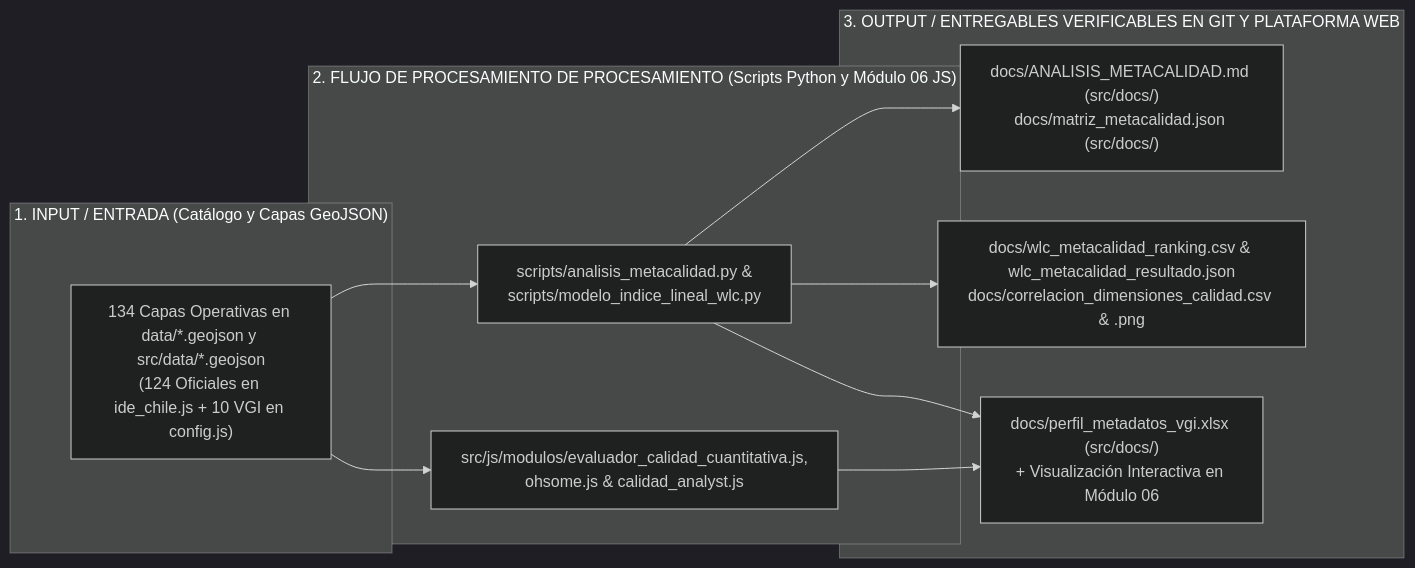
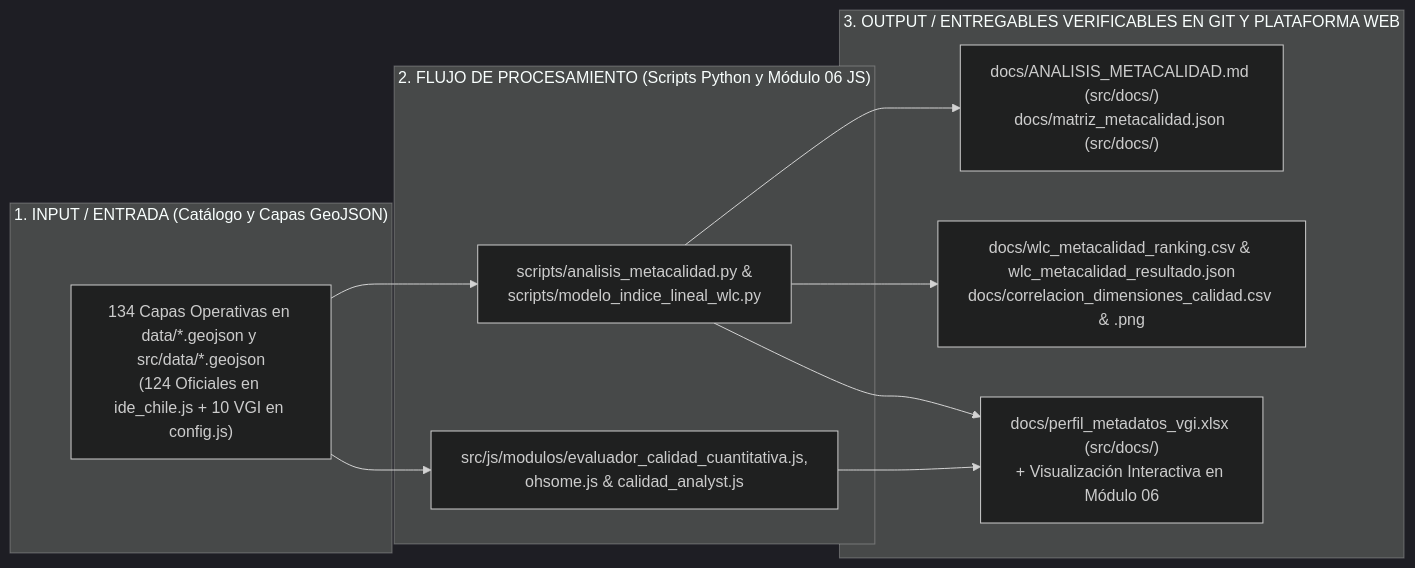
One commit to GEOJOTA/atlas-vgi-barrio-brasil changed the first of 5 diagrams in docs/ANALISIS_METACALIDAD.md. Above: the diagram before and after it, drawn with Mermaid (dark theme). The commit also changed 16 other files, not shown here.

Commit message:
docs: solucionar Unable to render rich display en diagramas y formulas de GitHub

````diff
--- a/docs/ANALISIS_METACALIDAD.md
+++ b/docs/ANALISIS_METACALIDAD.md
@@ -110,18 +110,18 @@
 ```mermaid
 flowchart LR
     subgraph IN["1. INPUT / ENTRADA (Catálogo y Capas GeoJSON)"]
         I1["134 Capas Operativas en data/*.geojson y src/data/*.geojson<br/>(124 Oficiales en ide_chile.js + 10 VGI en config.js)"]
     end
-    subgraph PROC["2. FLUJO DE PROCESAMIENTO DE PROCESAMIENTO (Scripts Python y Módulo 06 JS)"]
+    subgraph PROC["2. FLUJO DE PROCESAMIENTO (Scripts Python y Módulo 06 JS)"]
         P1["scripts/analisis_metacalidad.py &<br/>scripts/modelo_indice_lineal_wlc.py"]
         P2["src/js/modulos/evaluador_calidad_cuantitativa.js,<br/>ohsome.js & calidad_analyst.js"]
     end
     subgraph OUT["3. OUTPUT / ENTREGABLES VERIFICABLES EN GIT Y PLATAFORMA WEB"]
         O1["docs/ANALISIS_METACALIDAD.md (src/docs/)<br/>docs/matriz_metacalidad.json (src/docs/)"]
         O2["docs/wlc_metacalidad_ranking.csv & wlc_metacalidad_resultado.json<br/>docs/correlacion_dimensiones_calidad.csv & .png"]
         O3["docs/perfil_metadatos_vgi.xlsx (src/docs/)<br/>+ Visualización Interactiva en Módulo 06"]
     end
     I1 --> P1 & P2
     P1 --> O1 & O2 & O3
     P2 --> O3
 ```
````
